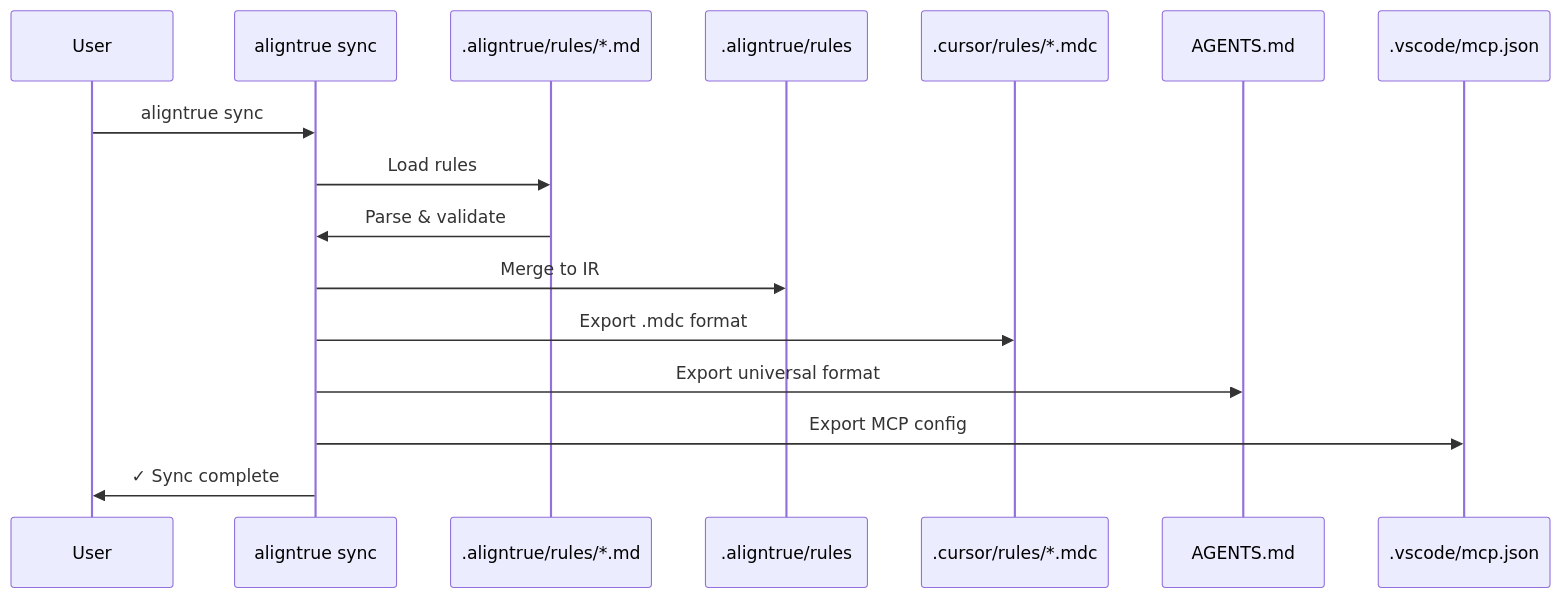
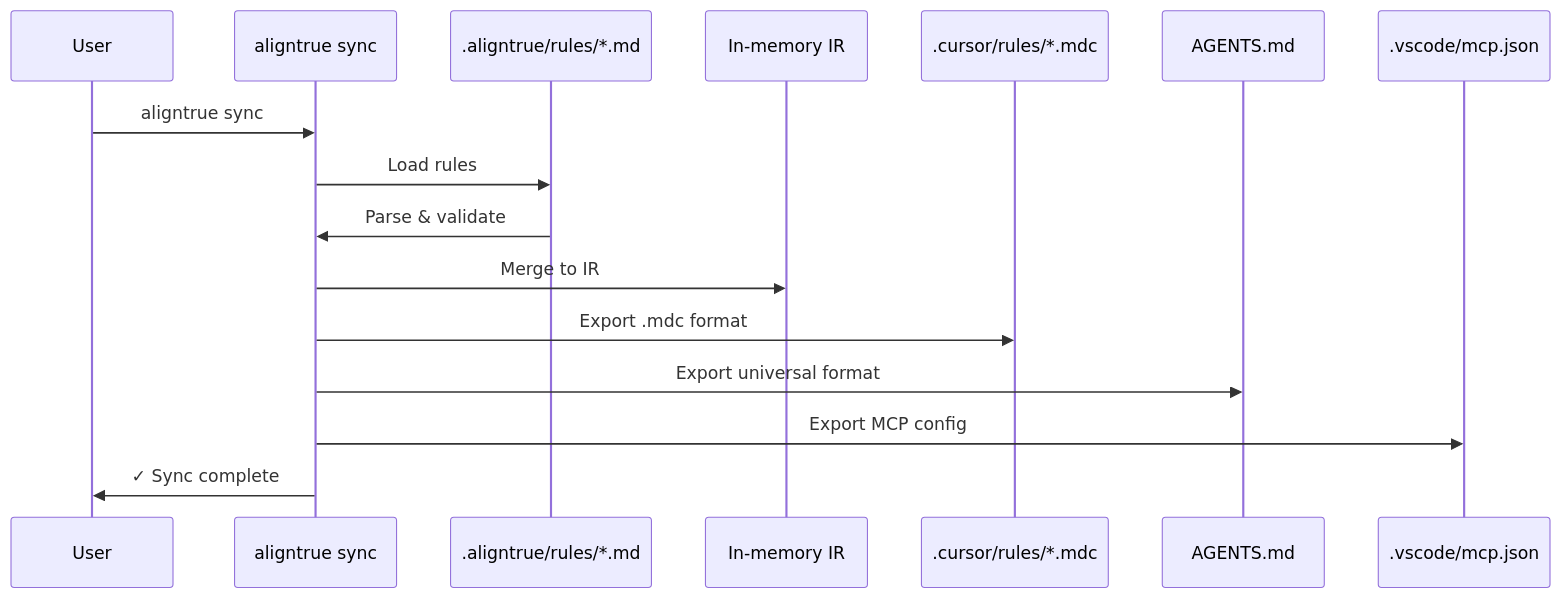
One commit to AlignTrue/aligntrue-sync changed the diagram in apps/docs/content/03-concepts/sync-behavior.md. Above: the diagram before and after it, drawn with Mermaid. The commit also changed other lines of this file and 28 other files, not shown here.

````diff
--- a/apps/docs/content/03-concepts/sync-behavior.md
+++ b/apps/docs/content/03-concepts/sync-behavior.md
@@ -185,19 +185,19 @@
 ```mermaid
 sequenceDiagram
     participant User
     participant CLI as aligntrue sync
     participant Rules as .aligntrue/rules/*.md
-    participant IR as .aligntrue/rules
+    participant IR as In-memory IR
     participant Cursor as .cursor/rules/*.mdc
     participant AGENTS as AGENTS.md
     participant MCP as .vscode/mcp.json
 
     User->>CLI: aligntrue sync
     CLI->>Rules: Load rules
     Rules->>CLI: Parse & validate
     CLI->>IR: Merge to IR
     CLI->>Cursor: Export .mdc format
     CLI->>AGENTS: Export universal format
     CLI->>MCP: Export MCP config
     CLI->>User: ✓ Sync complete
 ```
````
